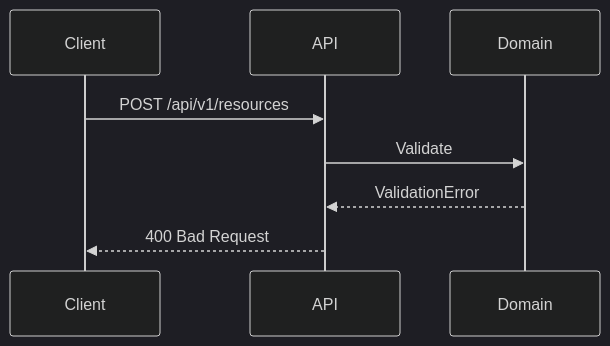
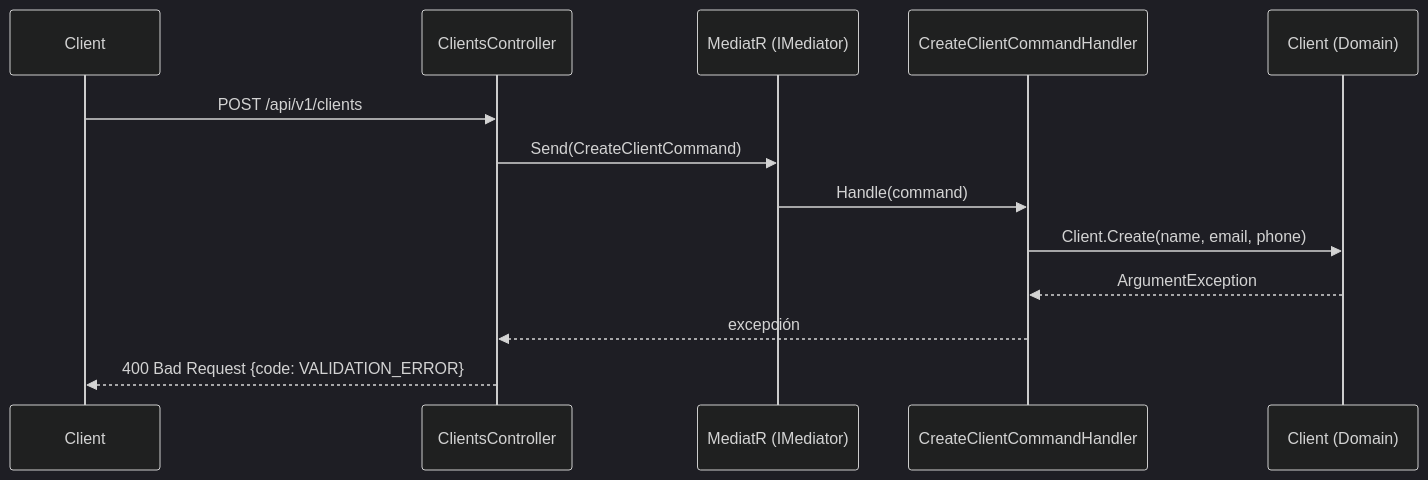
The fourth of 4 diagrams in design/flows/system-flows.md (ebugedo/poc-sdd-net-core-api), drawn with Mermaid (dark theme) before and after one commit. The commit also changed other lines of this file and 28 other files, not shown here.

````diff
--- a/design/flows/system-flows.md
+++ b/design/flows/system-flows.md
@@ -43,11 +78,16 @@
 ```mermaid
 sequenceDiagram
     participant Client
-    participant API
-    participant Domain
+    participant API as ClientsController
+    participant Mediator as MediatR (IMediator)
+    participant Handler as CreateClientCommandHandler
+    participant Domain as Client (Domain)
 
-    Client->>API: POST /api/v1/resources
-    API->>Domain: Validate
-    Domain-->>API: ValidationError
-    API-->>Client: 400 Bad Request
+    Client->>API: POST /api/v1/clients
+    API->>Mediator: Send(CreateClientCommand)
+    Mediator->>Handler: Handle(command)
+    Handler->>Domain: Client.Create(name, email, phone)
+    Domain-->>Handler: ArgumentException
+    Handler-->>API: excepción
+    API-->>Client: 400 Bad Request {code: VALIDATION_ERROR}
 ```
````
